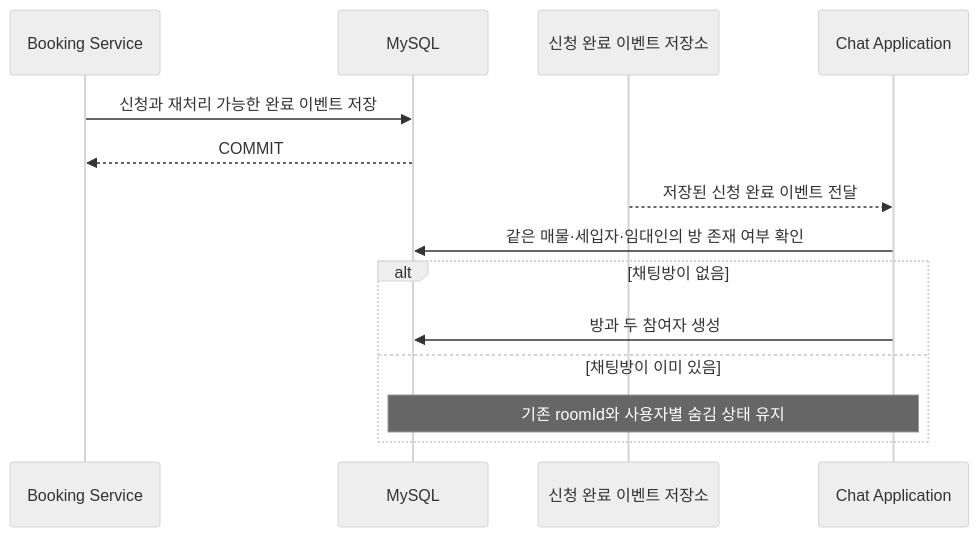
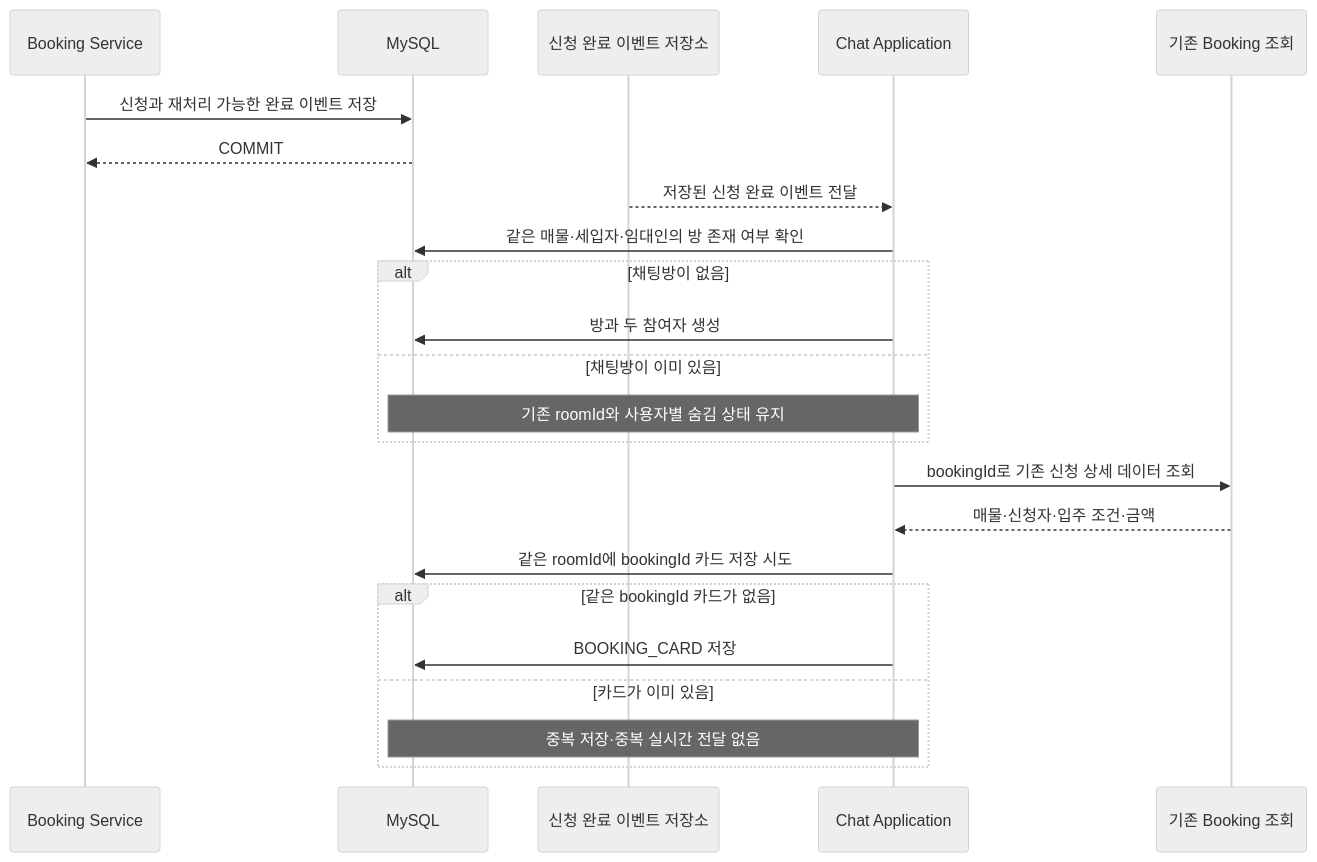
One commit to jameskim9509/Kohere-backend changed the fifth of 16 diagrams in docs/architecture/chat/05-sequence-diagrams.md. Above: the diagram before and after it, drawn with Mermaid (neutral theme). The commit also changed other lines of this file and 57 other files, not shown here.

````diff
--- a/docs/architecture/chat/05-sequence-diagrams.md
+++ b/docs/architecture/chat/05-sequence-diagrams.md
@@ -122,18 +135,29 @@
 ```mermaid
 sequenceDiagram
     participant BOOK as Booking Service
     participant DB as MySQL
     participant EVENTS as 신청 완료 이벤트 저장소
     participant CHAT as Chat Application
+    participant BOOKVIEW as 기존 Booking 조회
 
     BOOK->>DB: 신청과 재처리 가능한 완료 이벤트 저장
     DB-->>BOOK: COMMIT
     EVENTS-->>CHAT: 저장된 신청 완료 이벤트 전달
     CHAT->>DB: 같은 매물·세입자·임대인의 방 존재 여부 확인
 
     alt 채팅방이 없음
         CHAT->>DB: 방과 두 참여자 생성
     else 채팅방이 이미 있음
         Note over CHAT,DB: 기존 roomId와 사용자별 숨김 상태 유지
     end
+
+    CHAT->>BOOKVIEW: bookingId로 기존 신청 상세 데이터 조회
+    BOOKVIEW-->>CHAT: 매물·신청자·입주 조건·금액
+    CHAT->>DB: 같은 roomId에 bookingId 카드 저장 시도
+
+    alt 같은 bookingId 카드가 없음
+        CHAT->>DB: BOOKING_CARD 저장
+    else 카드가 이미 있음
+        Note over CHAT,DB: 중복 저장·중복 실시간 전달 없음
+    end
 ```
````
